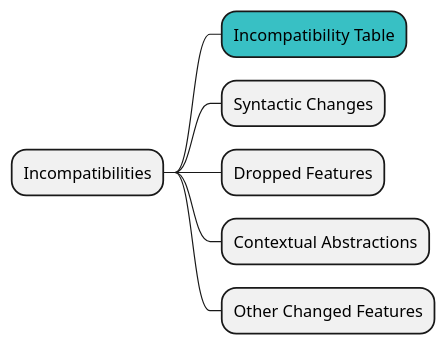
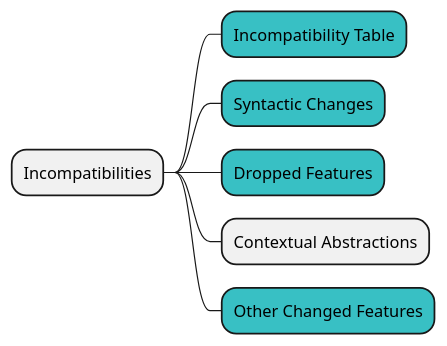
One commit to shinharad/getting-started-with-scala3 changed the fourth of 6 diagrams in docs/step01/04_Migration_guideを俯瞰してみる.md. Above: the diagram before and after it, drawn with PlantUML. The commit also changed other lines of this file and 19 other files, not shown here.

````diff
--- a/docs/step01/04_Migration_guideを俯瞰してみる.md
+++ b/docs/step01/04_Migration_guideを俯瞰してみる.md
@@ -66,10 +64,10 @@
 ```plantuml
 @startmindmap
 * Incompatibilities
 **[#38c0c4] Incompatibility Table
-** Syntactic Changes
-** Dropped Features
+**[#38c0c4] Syntactic Changes
+**[#38c0c4] Dropped Features
 ** Contextual Abstractions
-** Other Changed Features
+**[#38c0c4] Other Changed Features
 @endmindmap
 ```
````
